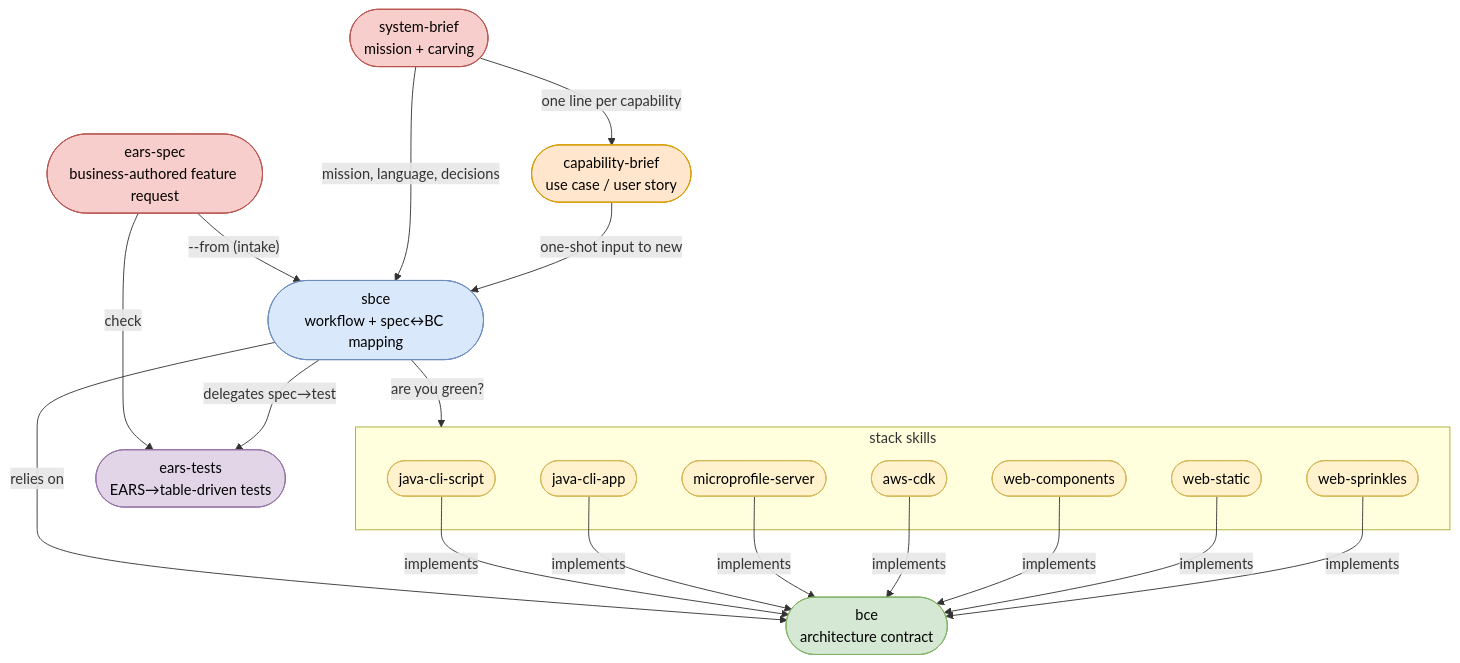
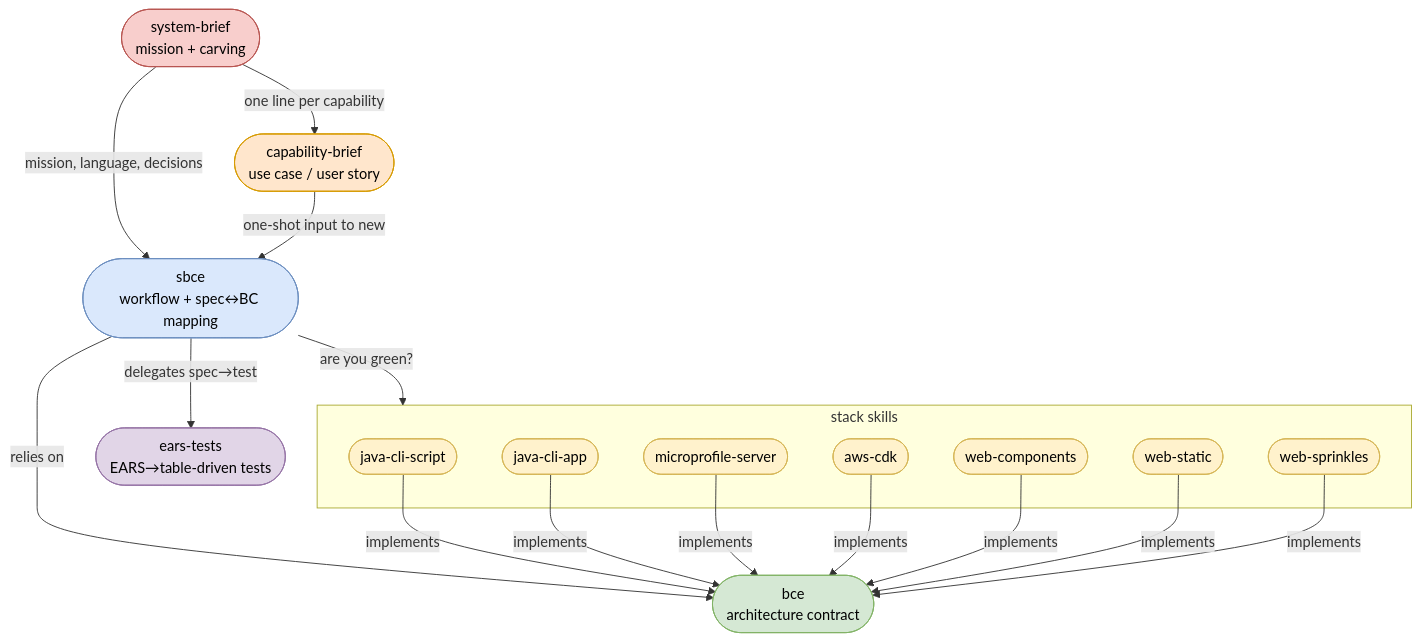
Before and after one commit to christian-frei/airails: the diagram in bce/sbce/README.md, drawn with Mermaid. The commit also changed other lines of this file and 7 other files, not shown here.

````diff
--- a/bce/sbce/README.md
+++ b/bce/sbce/README.md
@@ -60,50 +57,45 @@
 ```mermaid
 graph TD
     SBCE([sbce<br>workflow + spec↔BC mapping])
     BCE([bce<br>architecture contract])
     EARS([ears-tests<br>EARS→table-driven tests])
-    SPEC([ears-spec<br>business-authored feature request])
     Brief([capability-brief<br>use case / user story])
     System([system-brief<br>mission + carving])
 
     subgraph StackSkills[stack skills]
         JavaScript([java-cli-script])
         JavaCli([java-cli-app])
         MicroProfile([microprofile-server])
         AwsCdk([aws-cdk])
         WebComponents([web-components])
         WebStatic([web-static])
         WebSprinkles([web-sprinkles])
     end
 
-    SPEC -->|"--from (intake)"| SBCE
-    SPEC -->|check| EARS
     System -->|one line per capability| Brief
     System -->|mission, language, decisions| SBCE
     Brief -->|one-shot input to new| SBCE
     SBCE -->|relies on| BCE
     SBCE -->|delegates spec→test| EARS
     SBCE -->|"are you green?"| StackSkills
     JavaScript -->|implements| BCE
     JavaCli -->|implements| BCE
     MicroProfile -->|implements| BCE
     AwsCdk -->|implements| BCE
     WebComponents -->|implements| BCE
     WebStatic -->|implements| BCE
     WebSprinkles -->|implements| BCE
 
     classDef workflow fill:#dae8fc,stroke:#6c8ebf,color:#000
     classDef contract fill:#d5e8d4,stroke:#82b366,color:#000
     classDef transform fill:#e1d5e7,stroke:#9673a6,color:#000
     classDef stack fill:#fff2cc,stroke:#d6b656,color:#000
-    classDef intake fill:#f8cecc,stroke:#b85450,color:#000
     classDef intent fill:#ffe6cc,stroke:#d79b00,color:#000
     classDef purpose fill:#f8cecc,stroke:#b85450,color:#000
     class SBCE workflow
     class Brief intent
     class System purpose
     class BCE contract
     class EARS transform
-    class SPEC intake
     class JavaScript,JavaCli,MicroProfile,AwsCdk,WebComponents,WebStatic,WebSprinkles stack
 ```
````
